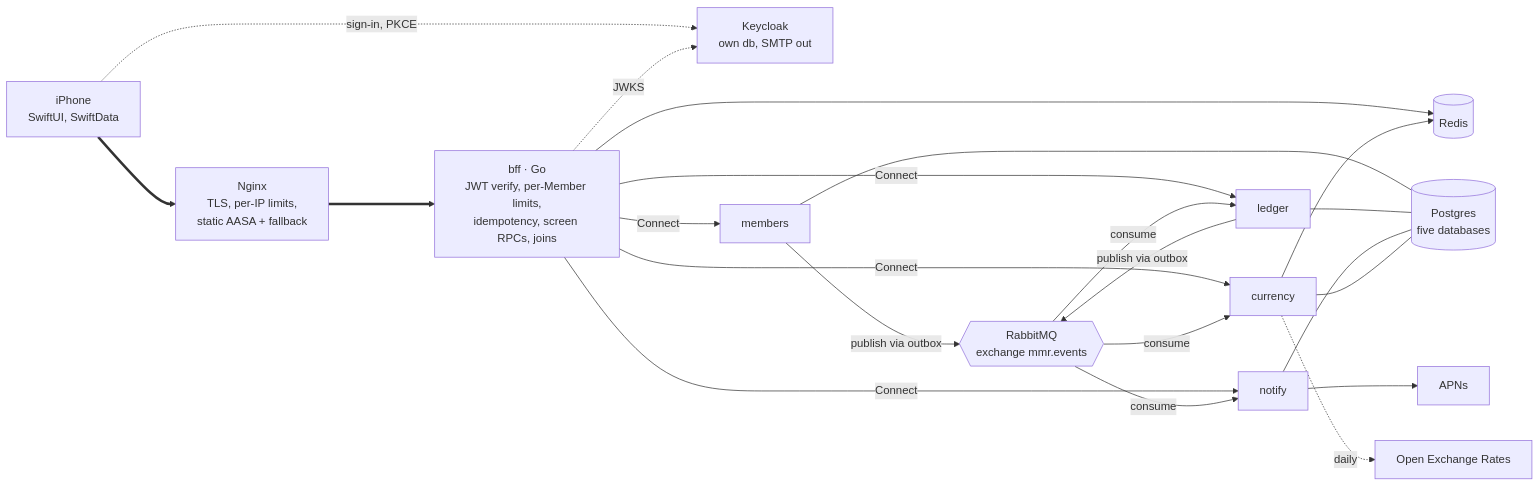
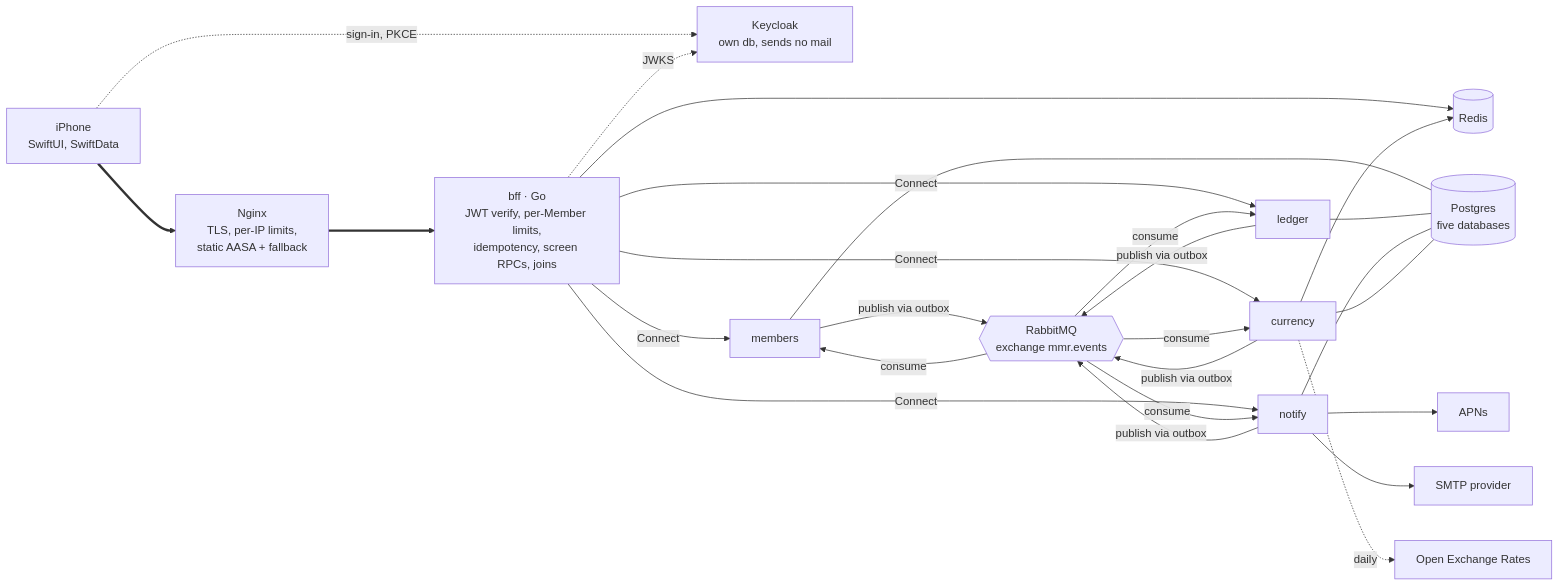
Before and after one commit to ravialdyh/my-money-recap-monorepo: the first of 6 diagrams in docs/ARCHITECTURE.md, drawn with Mermaid. The commit also changed other lines of this file and 2 other files, not shown here.

````diff
--- a/docs/ARCHITECTURE.md
+++ b/docs/ARCHITECTURE.md
@@ -31,28 +31,30 @@
 ```mermaid
 flowchart LR
     Phone[iPhone<br/>SwiftUI, SwiftData]
-    KC[Keycloak<br/>own db, SMTP out]
+    KC[Keycloak<br/>own db, sends no mail]
+    SMTP[SMTP provider]
     NG[Nginx<br/>TLS, per-IP limits,<br/>static AASA + fallback]
     BFF[bff · Go<br/>JWT verify, per-Member limits,<br/>idempotency, screen RPCs, joins]
     R[(Redis)]
     M[members]
     L[ledger]
     N[notify]
     C[currency]
     MQ{{RabbitMQ<br/>exchange mmr.events}}
     PG[(Postgres<br/>five databases)]
     APNS[APNs]
     OER[Open Exchange Rates]
 
     Phone -. sign-in, PKCE .-> KC
     Phone ==> NG ==> BFF
     BFF -. JWKS .-> KC
     BFF --> R
     BFF -- Connect --> M & L & N & C
     M & L & N & C --- PG
-    L & M -- publish via outbox --> MQ
-    MQ -- consume --> N & L & C
+    M & L & N & C -- publish via outbox --> MQ
+    MQ -- consume --> M & L & N & C
     C -. daily .-> OER
     C --> R
     N --> APNS
+    N --> SMTP
 ```
````
